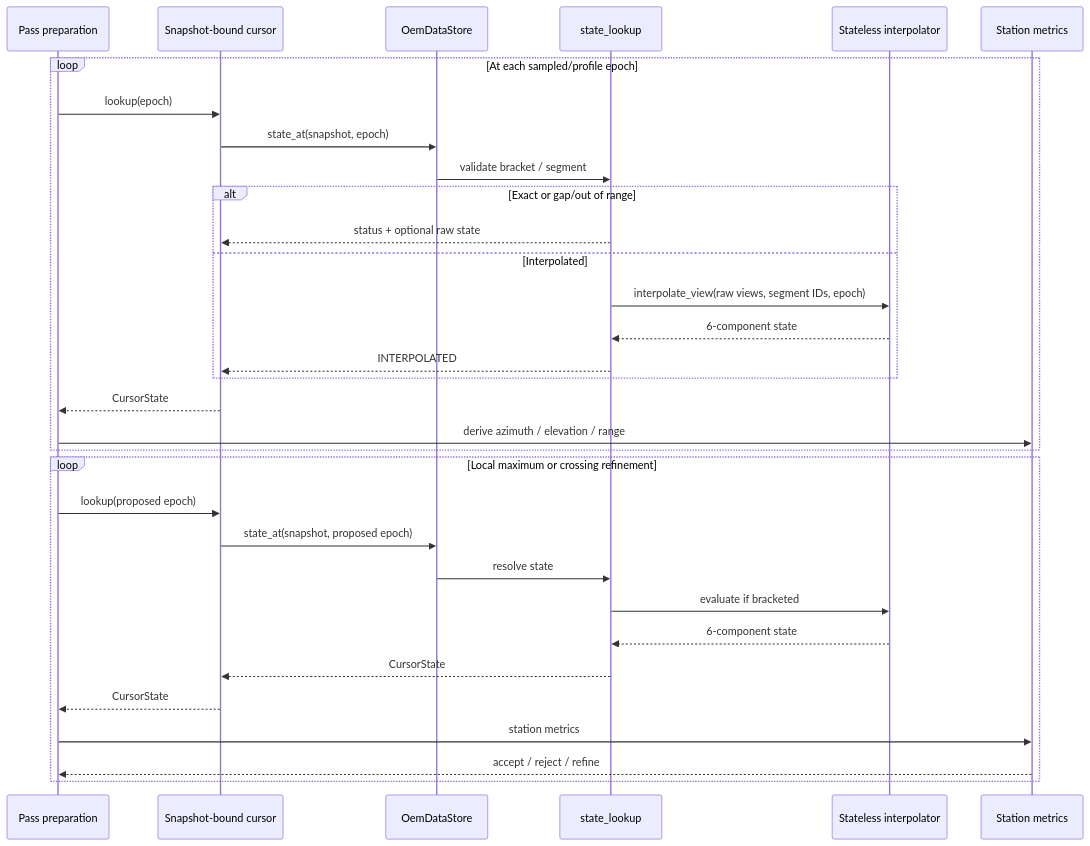
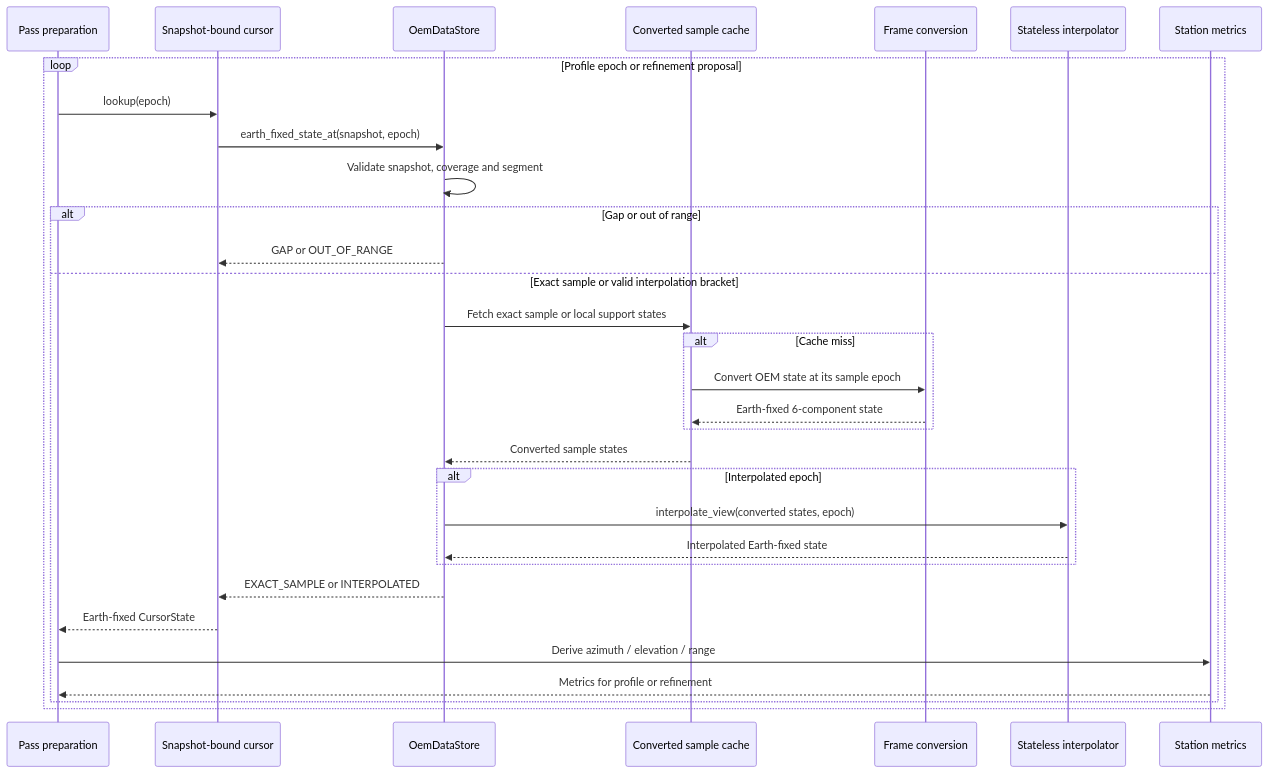
The seventh of 7 diagrams in docs/architecture/play-oem/PLAY_OEM_INTERPOLATION.md (jeongyunl/ephem-toolkit), drawn with Mermaid before and after one commit. The commit also changed other lines of this file and 23 other files, not shown here.

Commit message:
Add Earth-fixed state interpolation for Play-OEM consumers

````diff
--- a/docs/architecture/play-oem/PLAY_OEM_INTERPOLATION.md
+++ b/docs/architecture/play-oem/PLAY_OEM_INTERPOLATION.md
@@ -457,36 +448,34 @@
 ```mermaid
 sequenceDiagram
     participant Prep as Pass preparation
     participant Cursor as Snapshot-bound cursor
     participant Store as OemDataStore
-    participant Lookup as state_lookup
+    participant Cache as Converted sample cache
+    participant Frame as Frame conversion
     participant Interp as Stateless interpolator
     participant Metrics as Station metrics
 
-    loop At each sampled/profile epoch
+    loop Profile epoch or refinement proposal
         Prep->>Cursor: lookup(epoch)
-        Cursor->>Store: state_at(snapshot, epoch)
-        Store->>Lookup: validate bracket / segment
-        alt Exact or gap/out of range
-            Lookup-->>Cursor: status + optional raw state
-        else Interpolated
-            Lookup->>Interp: interpolate_view(raw views, segment IDs, epoch)
-            Interp-->>Lookup: 6-component state
-            Lookup-->>Cursor: INTERPOLATED
+        Cursor->>Store: earth_fixed_state_at(snapshot, epoch)
+        Store->>Store: Validate snapshot, coverage and segment
+        alt Gap or out of range
+            Store-->>Cursor: GAP or OUT_OF_RANGE
+        else Exact sample or valid interpolation bracket
+            Store->>Cache: Fetch exact sample or local support states
+            alt Cache miss
+                Cache->>Frame: Convert OEM state at its sample epoch
+                Frame-->>Cache: Earth-fixed 6-component state
+            end
+            Cache-->>Store: Converted sample states
+            alt Interpolated epoch
+                Store->>Interp: interpolate_view(converted states, epoch)
+                Interp-->>Store: Interpolated Earth-fixed state
+            end
+            Store-->>Cursor: EXACT_SAMPLE or INTERPOLATED
+            Cursor-->>Prep: Earth-fixed CursorState
+            Prep->>Metrics: Derive azimuth / elevation / range
+            Metrics-->>Prep: Metrics for profile or refinement
         end
-        Cursor-->>Prep: CursorState
-        Prep->>Metrics: derive azimuth / elevation / range
-    end
-
-    loop Local maximum or crossing refinement
-        Prep->>Cursor: lookup(proposed epoch)
-        Cursor->>Store: state_at(snapshot, proposed epoch)
-        Store->>Lookup: resolve state
-        Lookup->>Interp: evaluate if bracketed
-        Interp-->>Lookup: 6-component state
-        Lookup-->>Cursor: CursorState
-        Cursor-->>Prep: CursorState
-        Prep->>Metrics: station metrics
-        Metrics-->>Prep: accept / reject / refine
     end
 ```
````
